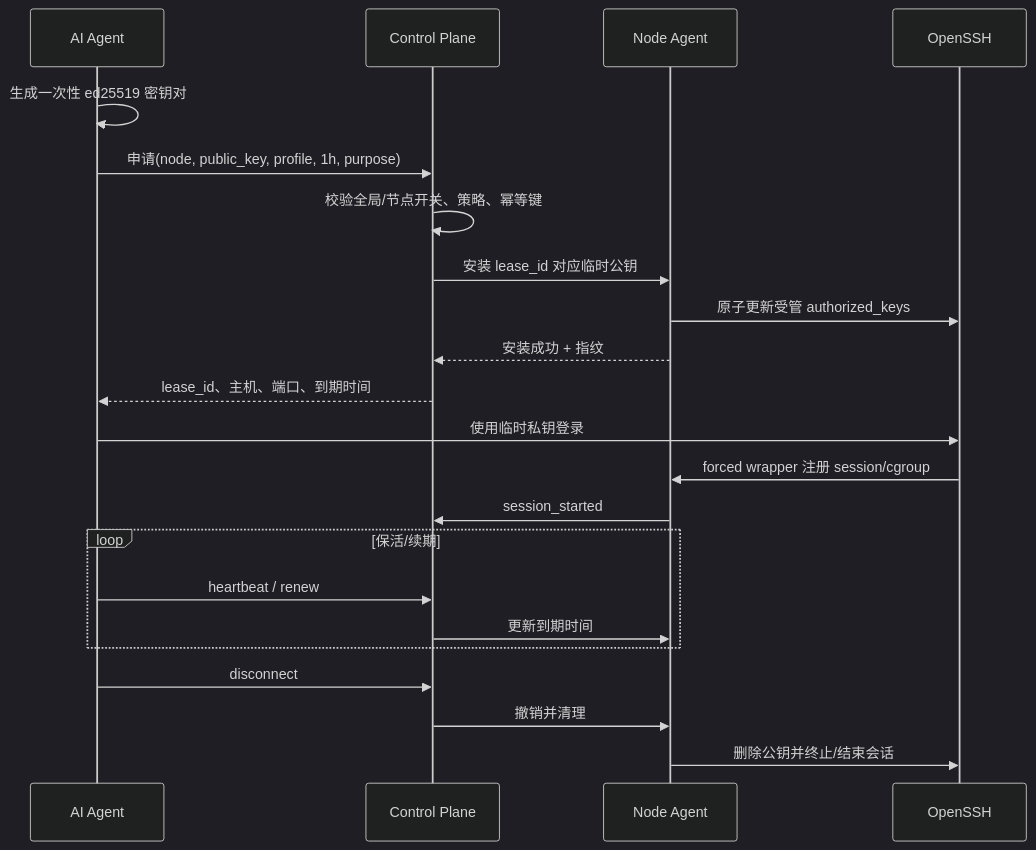
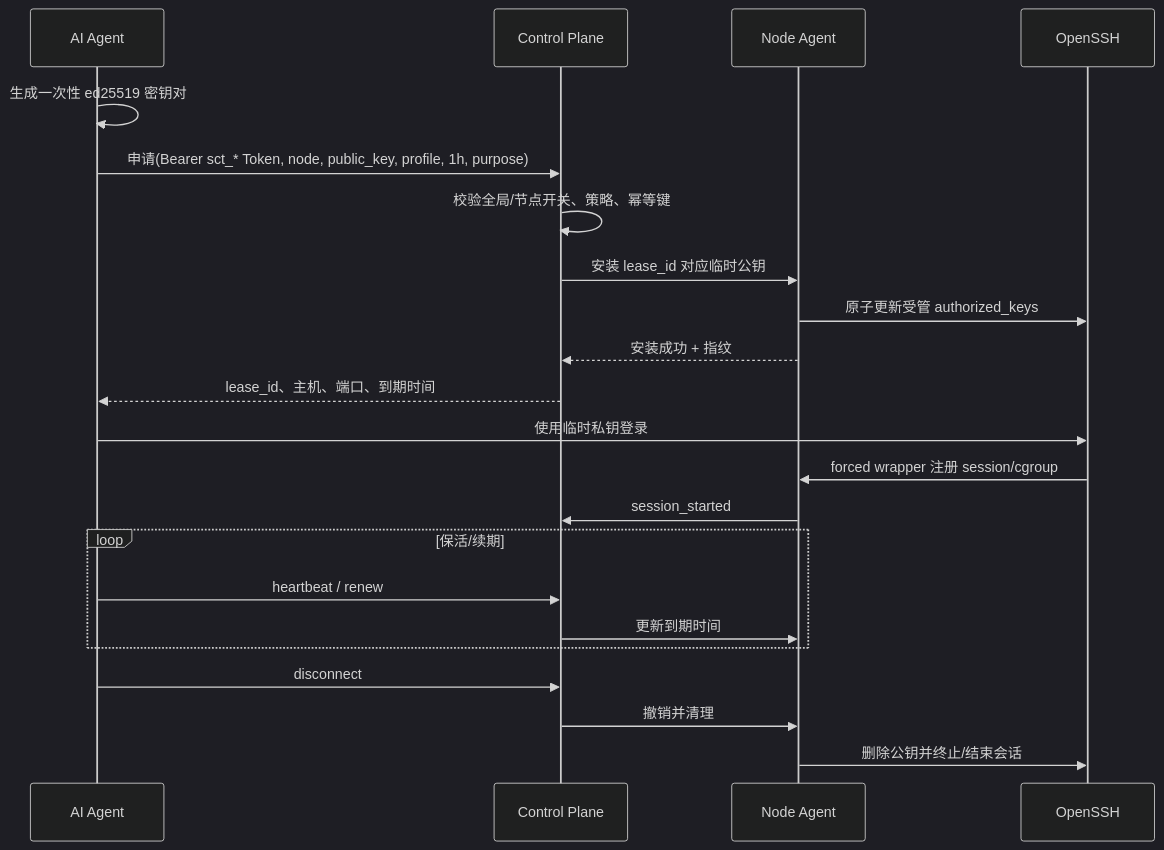
One commit to inoriyuuuki/serverCli changed the second of 2 diagrams in doc/06_AI_SSH_LEASE.md. Above: the diagram before and after it, drawn with Mermaid (dark theme). The commit also changed other lines of this file and 45 other files, not shown here.

````diff
--- a/doc/06_AI_SSH_LEASE.md
+++ b/doc/06_AI_SSH_LEASE.md
@@ -62,25 +65,25 @@
 ```mermaid
 sequenceDiagram
     participant AI as AI Agent
     participant CP as Control Plane
     participant NA as Node Agent
     participant SSH as OpenSSH
 
     AI->>AI: 生成一次性 ed25519 密钥对
-    AI->>CP: 申请(node, public_key, profile, 1h, purpose)
+    AI->>CP: 申请(Bearer sct_* Token, node, public_key, profile, 1h, purpose)
     CP->>CP: 校验全局/节点开关、策略、幂等键
     CP->>NA: 安装 lease_id 对应临时公钥
     NA->>SSH: 原子更新受管 authorized_keys
     NA-->>CP: 安装成功 + 指纹
     CP-->>AI: lease_id、主机、端口、到期时间
     AI->>SSH: 使用临时私钥登录
     SSH->>NA: forced wrapper 注册 session/cgroup
     NA->>CP: session_started
     loop 保活/续期
         AI->>CP: heartbeat / renew
         CP->>NA: 更新到期时间
     end
     AI->>CP: disconnect
     CP->>NA: 撤销并清理
     NA->>SSH: 删除公钥并终止/结束会话
 ```
````
